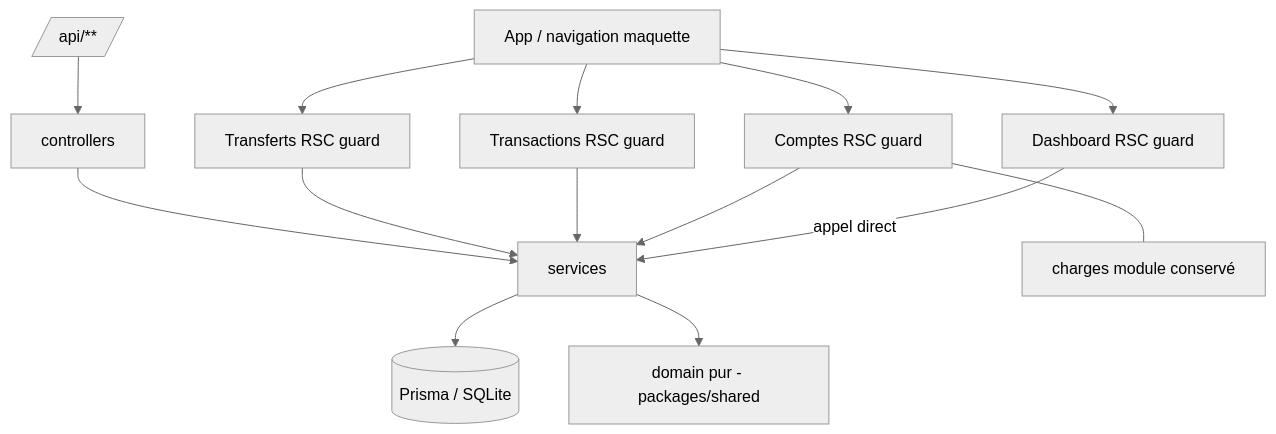
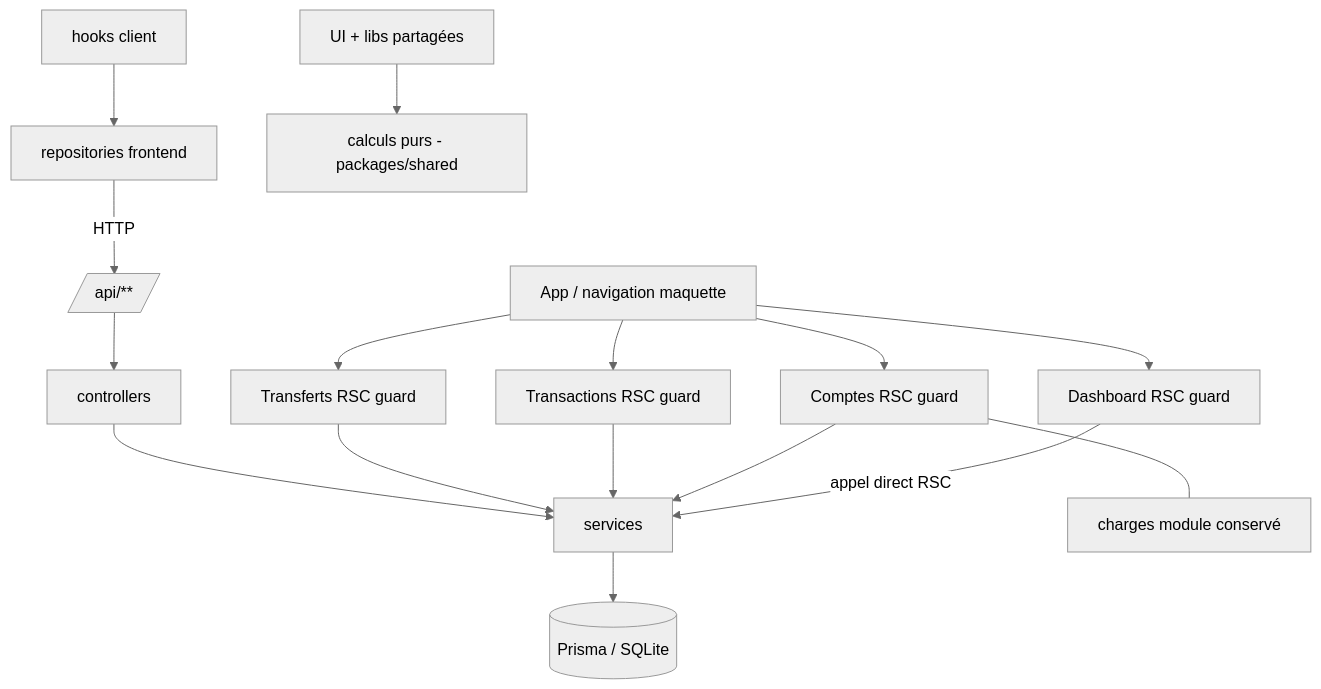
One commit to Anco91/mbongo changed the diagram in docs/specs/m1-poc/SPEC.md. Above: the diagram before and after it, drawn with Mermaid (neutral theme). The commit also changed other lines of this file and 2 other files, not shown here.

Commit message:
docs: align M1 spec with pragmatic architecture

````diff
--- a/docs/specs/m1-poc/SPEC.md
+++ b/docs/specs/m1-poc/SPEC.md
@@ -118,16 +125,18 @@
 ```mermaid
 graph TD
     Nav[App / navigation maquette] --> DX[Dashboard RSC guard]
     Nav --> AC[Comptes RSC guard]
     Nav --> TX[Transactions RSC guard]
     Nav --> TR[Transferts RSC guard]
-    DX -->|appel direct| SV[services]
+    DX -->|appel direct RSC| SV[services]
     AC --> SV
     TX --> SV
     TR --> SV
-    BR[/api/**/] --> CT[controllers]
+    CL[hooks client] --> RP[repositories frontend]
+    RP -->|HTTP| BR[/api/**/]
+    BR --> CT[controllers]
     CT --> SV
     SV --> PR[(Prisma / SQLite)]
-    SV --> DM[domain pur - packages/shared]
+    UI[UI + libs partagées] --> DM[calculs purs - packages/shared]
     AC --- CH[charges module conservé]
 ```
````
